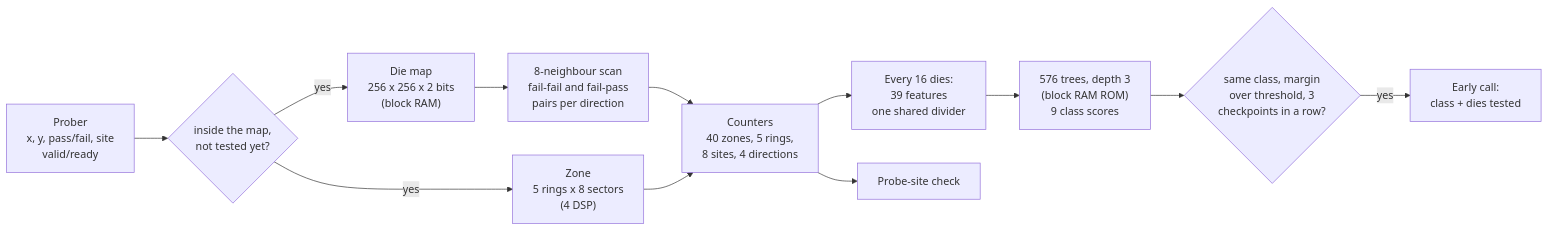
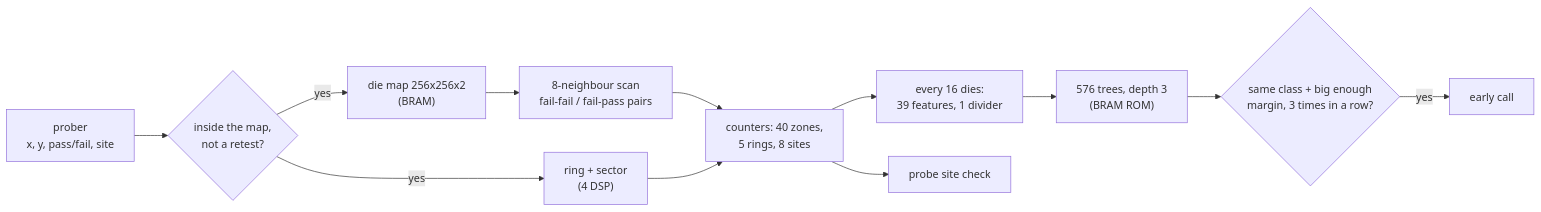
The diagram in README.md (MaNaNchotaliya/WAFER-PATTERN-ENGINE), drawn with Mermaid before and after one commit. The commit also changed other lines of this file and 9 other files, not shown here.

````diff
--- a/README.md
+++ b/README.md
@@ -28,14 +50,14 @@
 ```mermaid
 flowchart LR
-    P["Prober<br/>x, y, pass/fail, site<br/>valid/ready"] --> CHK{"inside the map,<br/>not tested yet?"}
-    CHK -- yes --> MAP["Die map<br/>256 x 256 x 2 bits<br/>(block RAM)"]
-    MAP --> NB["8-neighbour scan<br/>fail-fail and fail-pass<br/>pairs per direction"]
-    CHK -- yes --> ZN["Zone<br/>5 rings x 8 sectors<br/>(4 DSP)"]
-    NB --> CNT["Counters<br/>40 zones, 5 rings,<br/>8 sites, 4 directions"]
+    P["prober<br/>x, y, pass/fail, site"] --> CHK{"inside the map,<br/>not a retest?"}
+    CHK -- yes --> MAP["die map 256x256x2<br/>(BRAM)"]
+    MAP --> NB["8-neighbour scan<br/>fail-fail / fail-pass pairs"]
+    CHK -- yes --> ZN["ring + sector<br/>(4 DSP)"]
+    NB --> CNT["counters: 40 zones,<br/>5 rings, 8 sites"]
     ZN --> CNT
-    CNT --> FE["Every 16 dies:<br/>39 features<br/>one shared divider"]
-    FE --> GB["576 trees, depth 3<br/>(block RAM ROM)<br/>9 class scores"]
-    GB --> DEC{"same class, margin<br/>over threshold, 3<br/>checkpoints in a row?"}
-    DEC -- yes --> CALL["Early call:<br/>class + dies tested"]
-    CNT --> SITE["Probe-site check"]
+    CNT --> FE["every 16 dies:<br/>39 features, 1 divider"]
+    FE --> GB["576 trees, depth 3<br/>(BRAM ROM)"]
+    GB --> DEC{"same class + big enough<br/>margin, 3 times in a row?"}
+    DEC -- yes --> CALL["early call"]
+    CNT --> SITE["probe site check"]
 ```
````
